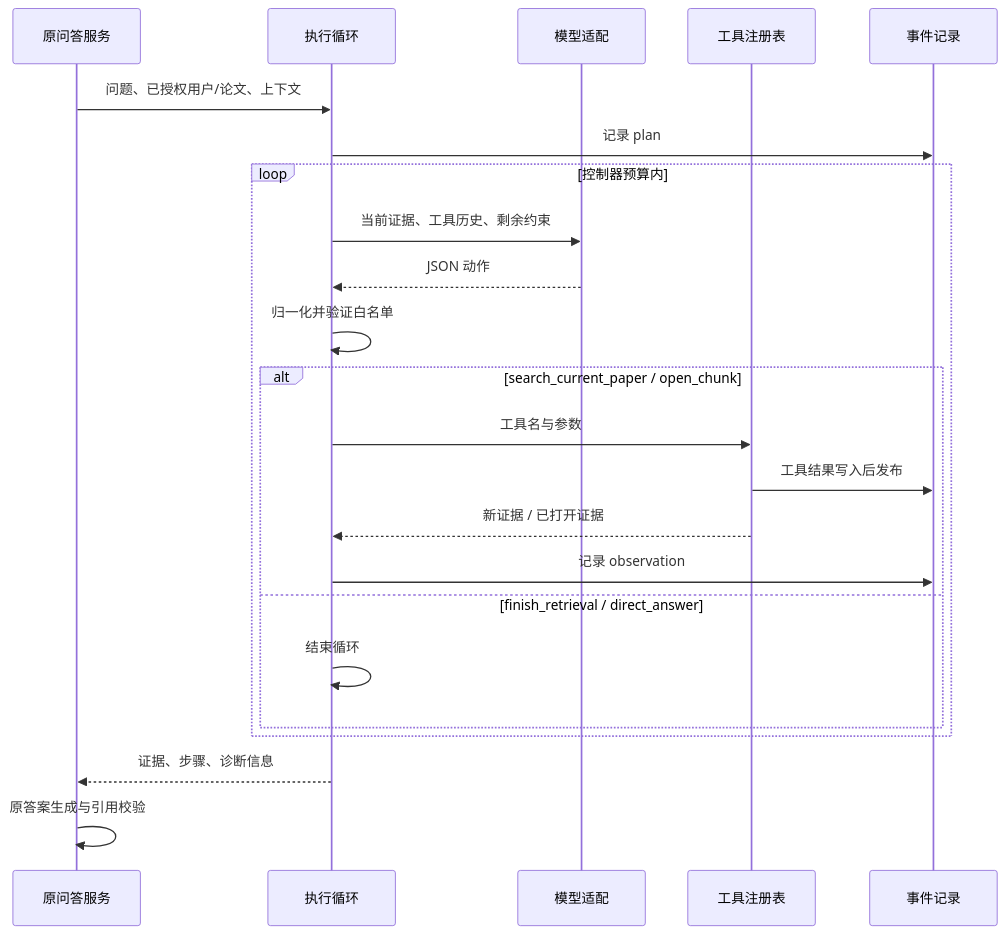
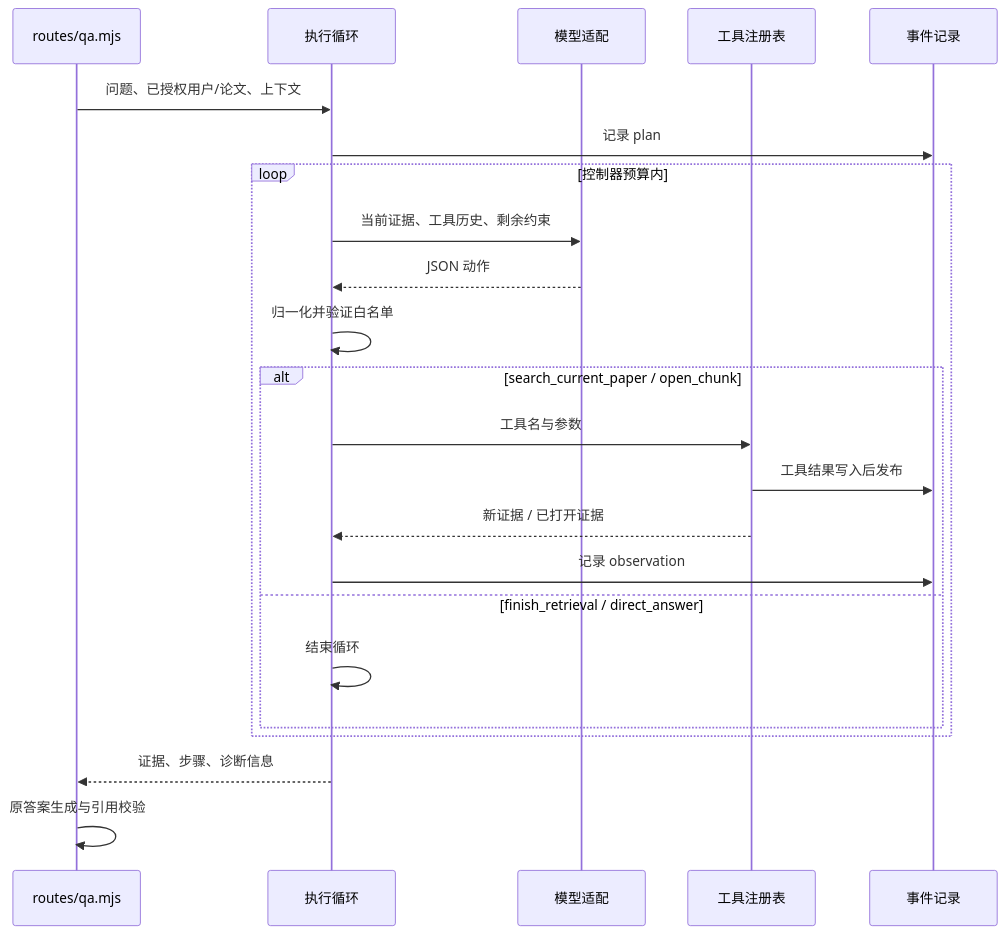
One commit to fenglinbei/pdf_translate_reader changed the second of 2 diagrams in docs/qa-agent-runtime.md. Above: the diagram before and after it, drawn with Mermaid. The commit also changed other lines of this file, not shown here.

````diff
--- a/docs/qa-agent-runtime.md
+++ b/docs/qa-agent-runtime.md
@@ -24,25 +49,25 @@
 ```mermaid
 sequenceDiagram
-    participant S as 原问答服务
+    participant S as routes/qa.mjs
     participant L as 执行循环
     participant M as 模型适配
     participant T as 工具注册表
     participant E as 事件记录
     S->>L: 问题、已授权用户/论文、上下文
     L->>E: 记录 plan
     loop 控制器预算内
         L->>M: 当前证据、工具历史、剩余约束
         M-->>L: JSON 动作
         L->>L: 归一化并验证白名单
         alt search_current_paper / open_chunk
             L->>T: 工具名与参数
             T->>E: 工具结果写入后发布
             T-->>L: 新证据 / 已打开证据
             L->>E: 记录 observation
         else finish_retrieval / direct_answer
             L->>L: 结束循环
         end
     end
     L-->>S: 证据、步骤、诊断信息
     S->>S: 原答案生成与引用校验
 ```
````
